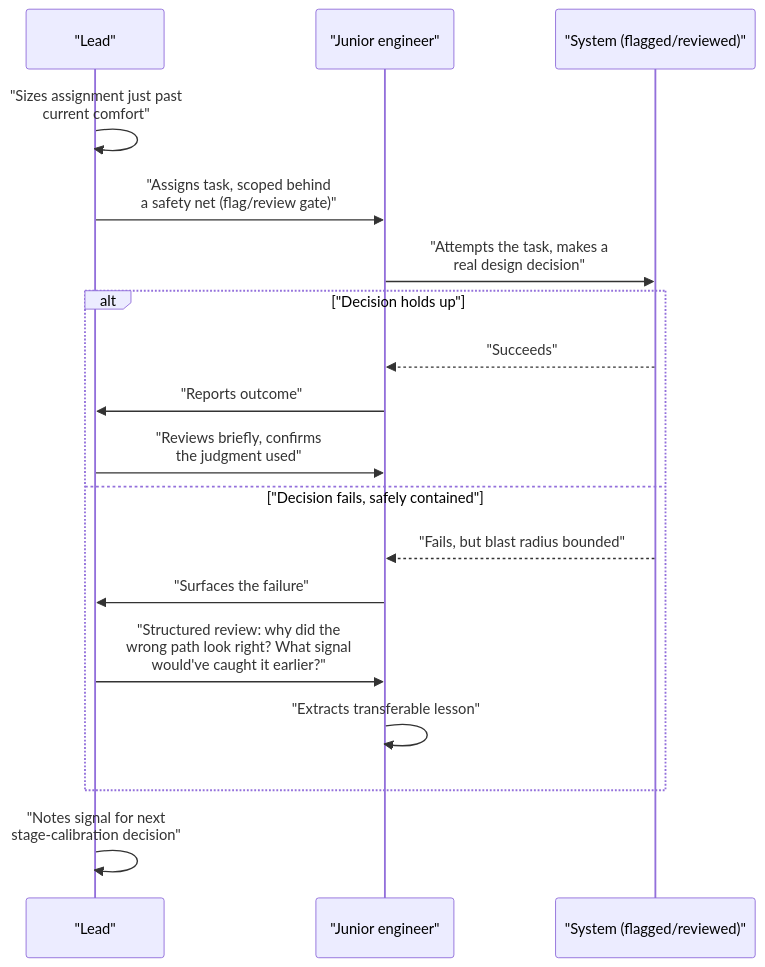
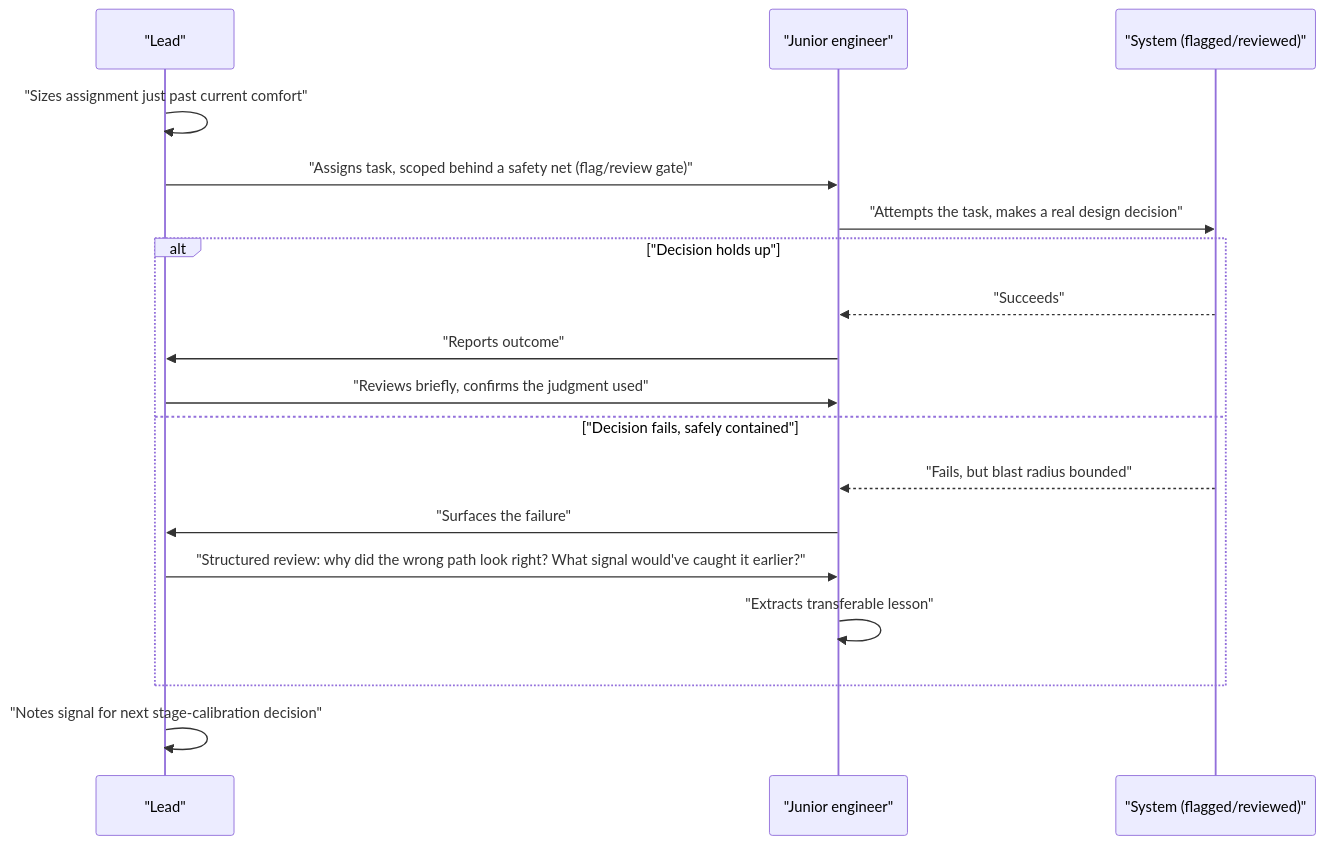
The second of 2 diagrams in data/topics/mentoring-juniors.md (vinayakhumberi/litmus), drawn with Mermaid before and after one commit. The commit also changed other lines of this file and 68 other files, not shown here.

````diff
--- a/data/topics/mentoring-juniors.md
+++ b/data/topics/mentoring-juniors.md
@@ -133,21 +133,21 @@
 ```mermaid
 sequenceDiagram
     participant Lead as "Lead"
     participant Jr as "Junior engineer"
     participant Sys as "System (flagged/reviewed)"
 
-    Lead->>Lead: "Sizes assignment just past<br>current comfort"
-    Lead->>Jr: "Assigns task, scoped behind<br>a safety net (flag/review gate)"
-    Jr->>Sys: "Attempts the task, makes a<br>real design decision"
+    Lead->>Lead: "Sizes assignment just past current comfort"
+    Lead->>Jr: "Assigns task, scoped behind a safety net (flag/review gate)"
+    Jr->>Sys: "Attempts the task, makes a real design decision"
     alt "Decision holds up"
         Sys-->>Jr: "Succeeds"
         Jr->>Lead: "Reports outcome"
-        Lead->>Jr: "Reviews briefly, confirms<br>the judgment used"
+        Lead->>Jr: "Reviews briefly, confirms the judgment used"
     else "Decision fails, safely contained"
         Sys-->>Jr: "Fails, but blast radius bounded"
         Jr->>Lead: "Surfaces the failure"
-        Lead->>Jr: "Structured review: why did the<br>wrong path look right? What signal<br>would've caught it earlier?"
+        Lead->>Jr: "Structured review: why did the wrong path look right? What signal would've caught it earlier?"
         Jr->>Jr: "Extracts transferable lesson"
     end
-    Lead->>Lead: "Notes signal for next<br>stage-calibration decision"
+    Lead->>Lead: "Notes signal for next stage-calibration decision"
 ```
````
